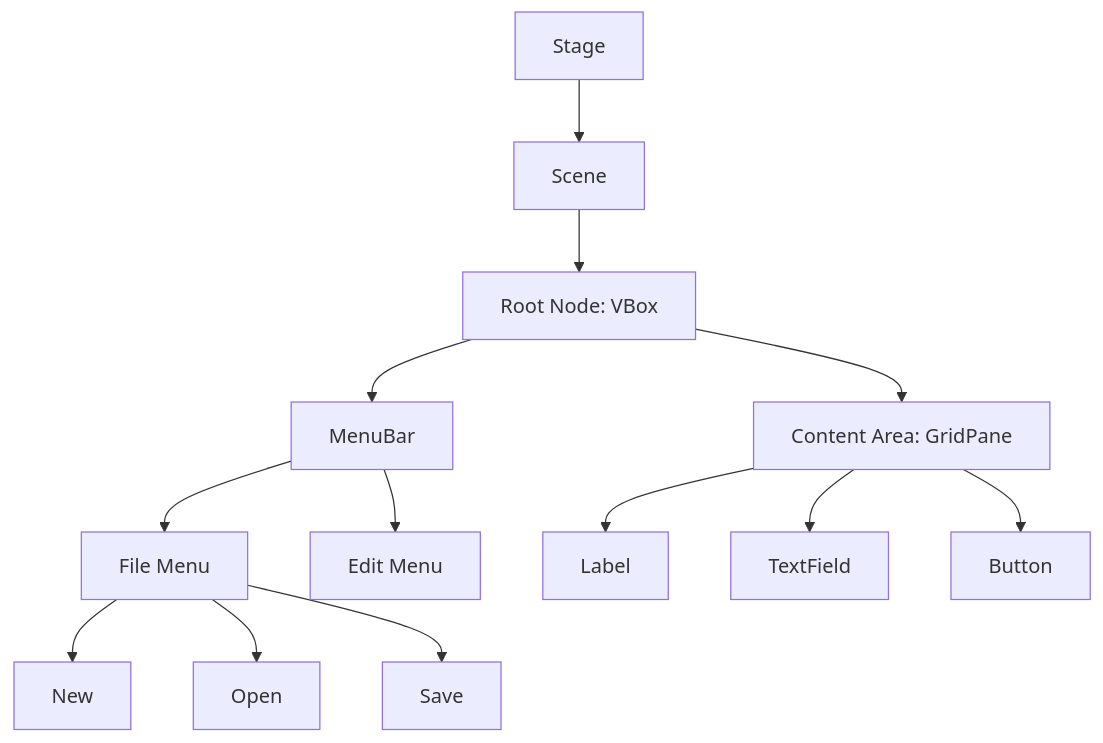
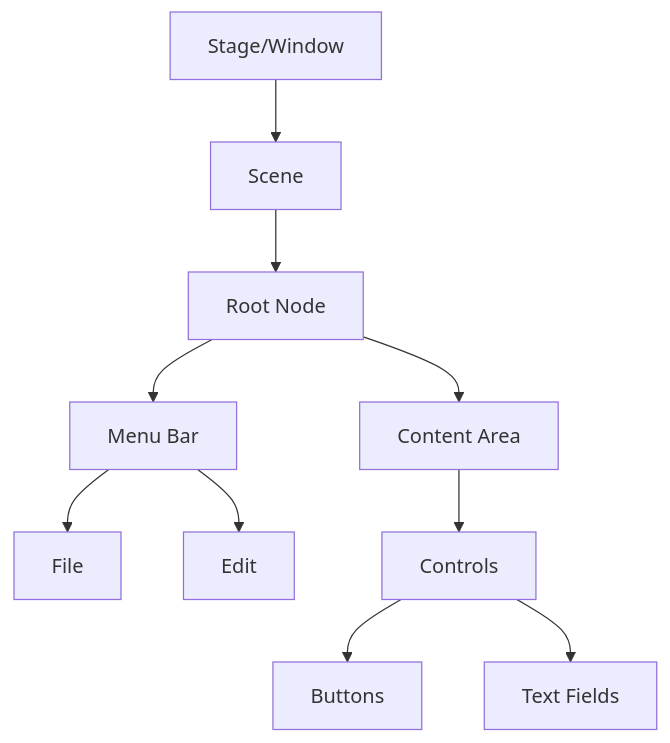
Before and after one commit to DanielCreggOrganization/w11-lab-javafx-zainabajiboye: the second of 4 diagrams in README.md, drawn with Mermaid. The commit also changed other lines of this file, not shown here.

````diff
--- a/README.md
+++ b/README.md
@@ -82,15 +114,12 @@
 ```mermaid
 graph TD
-    A[Stage] --> B[Scene]
-    B --> C[Root Node: VBox]
-    C --> D[MenuBar]
-    D --> E[File Menu]
-    D --> F[Edit Menu]
-    C --> G[Content Area: GridPane]
-    G --> H[Label]
-    G --> I[TextField]
-    G --> J[Button]
-    E --> K[New]
-    E --> L[Open]
-    E --> M[Save]
+    A[Stage/Window] --> B[Scene]
+    B --> C[Root Node]
+    C --> D[Menu Bar]
+    C --> E[Content Area]
+    D --> F[File]
+    D --> G[Edit]
+    E --> H[Controls]
+    H --> I[Buttons]
+    H --> J[Text Fields]
 ```
````
